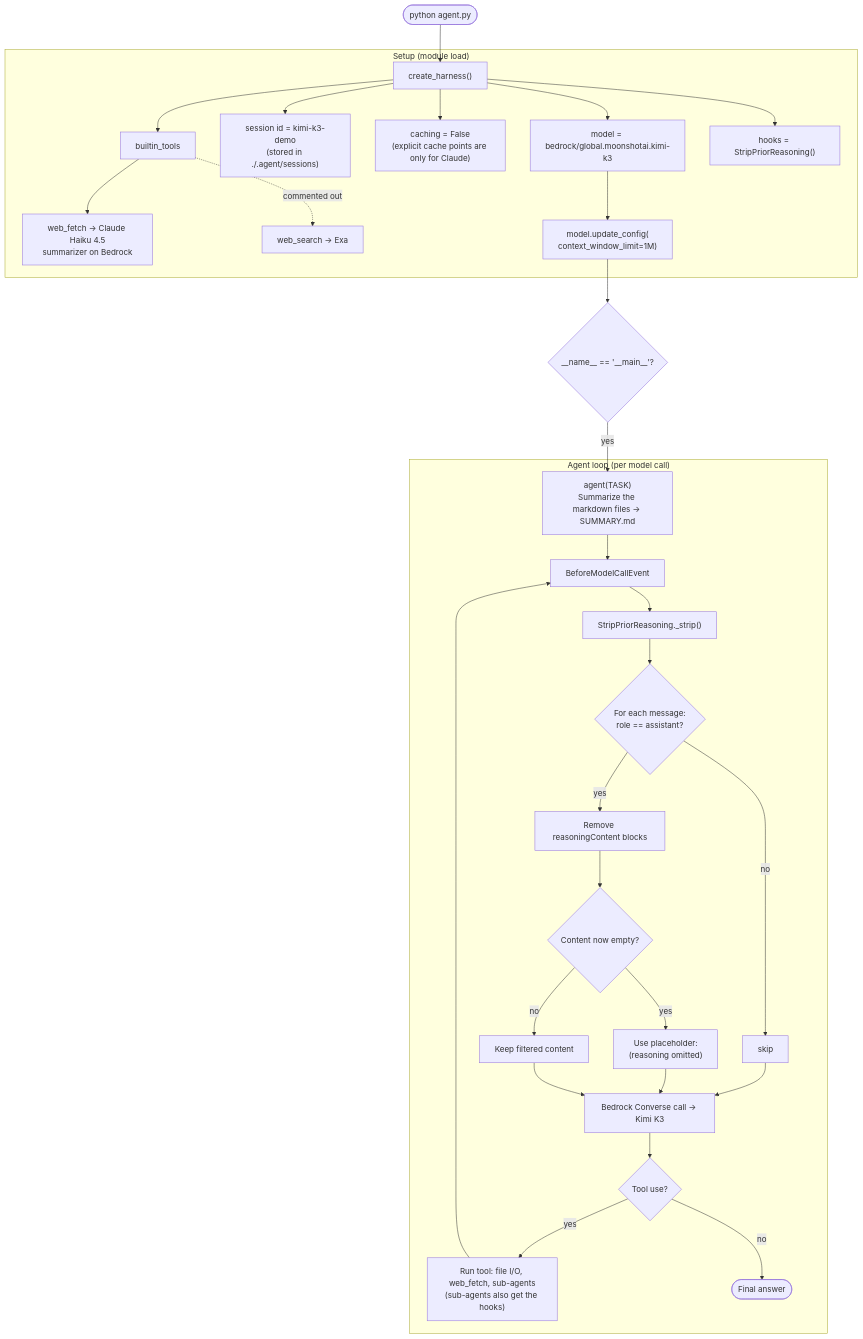
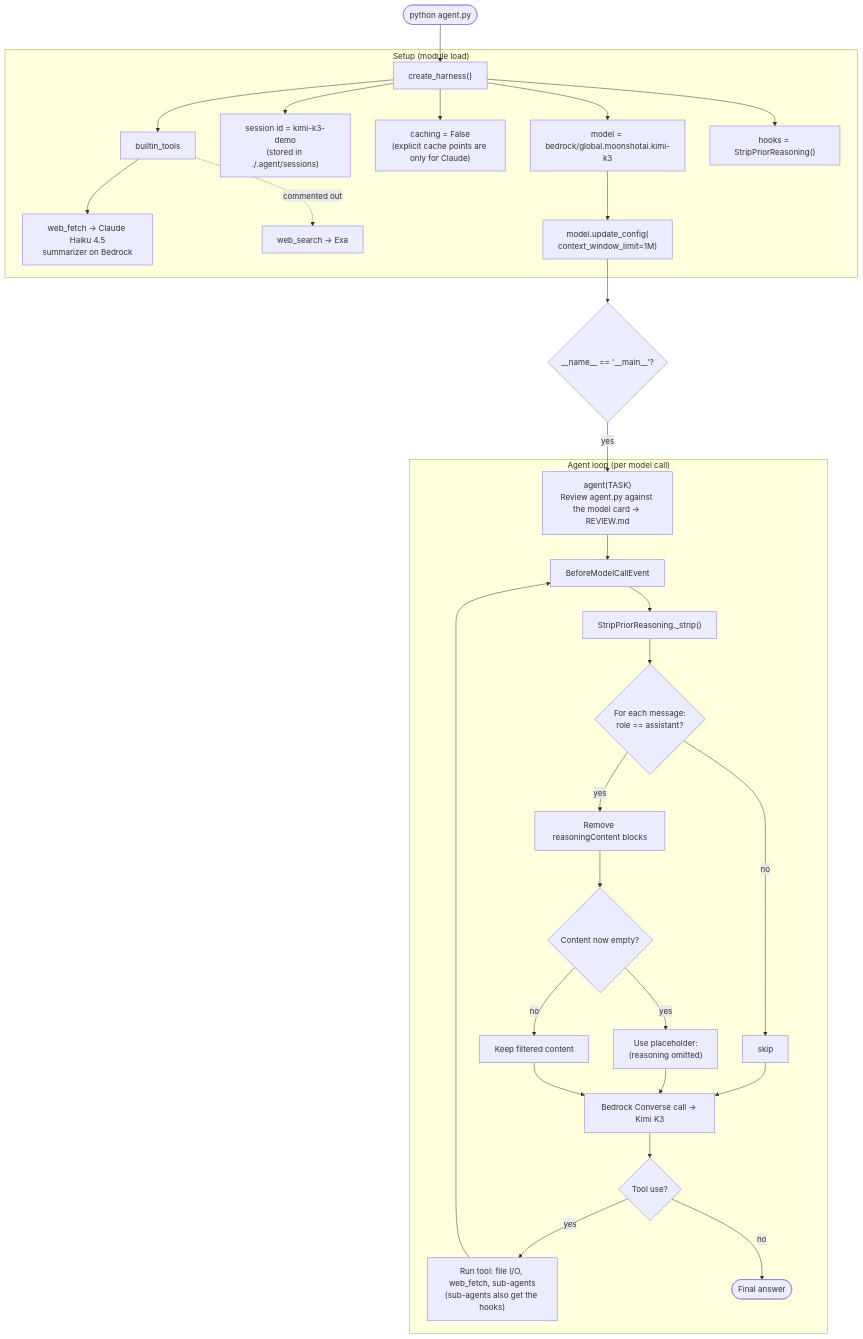
One commit to jrgwv/strands-harness-kimi-k3 changed the diagram in README.md. Above: the diagram before and after it, drawn with Mermaid. The commit also changed other lines of this file and 2 other files, not shown here.

First line of the commit message:
Make example task self-contained: review agent.py against model card

````diff
--- a/README.md
+++ b/README.md
@@ -57,37 +57,37 @@
 ```mermaid
 flowchart TD
     Start(["python agent.py"]) --> Create
 
     subgraph Setup["Setup (module load)"]
         Create["create_harness()"]
         Create --> Model["model = bedrock/global.moonshotai.kimi-k3"]
         Create --> Session["session id = kimi-k3-demo<br/>(stored in ./.agent/sessions)"]
         Create --> Cache["caching = False<br/>(explicit cache points are only for Claude)"]
         Create --> Tools["builtin_tools"]
         Tools --> Fetch["web_fetch → Claude Haiku 4.5<br/>summarizer on Bedrock"]
         Tools -.->|"commented out"| Search["web_search → Exa"]
         Create --> Hooks["hooks = StripPriorReasoning()"]
         Model --> CW["model.update_config(<br/>context_window_limit=1M)"]
     end
 
     CW --> Main{"__name__ == '__main__'?"}
-    Main -->|yes| Run["agent(TASK)<br/>Summarize the markdown files → SUMMARY.md"]
+    Main -->|yes| Run["agent(TASK)<br/>Review agent.py against the model card → REVIEW.md"]
 
     subgraph Loop["Agent loop (per model call)"]
         Run --> BMC["BeforeModelCallEvent"]
         BMC --> Strip["StripPriorReasoning._strip()"]
         Strip --> ForMsg{"For each message:<br/>role == assistant?"}
         ForMsg -->|no| Skip["skip"]
         ForMsg -->|yes| Filter["Remove reasoningContent blocks"]
         Filter --> Empty{"Content now empty?"}
         Empty -->|yes| Placeholder["Use placeholder:<br/>(reasoning omitted)"]
         Empty -->|no| Keep["Keep filtered content"]
         Skip --> Call
         Placeholder --> Call
         Keep --> Call["Bedrock Converse call → Kimi K3"]
         Call --> ToolUse{"Tool use?"}
         ToolUse -->|yes| Exec["Run tool: file I/O, web_fetch, sub-agents<br/>(sub-agents also get the hooks)"]
         Exec --> BMC
         ToolUse -->|no| Done(["Final answer"])
     end
 ```
````
